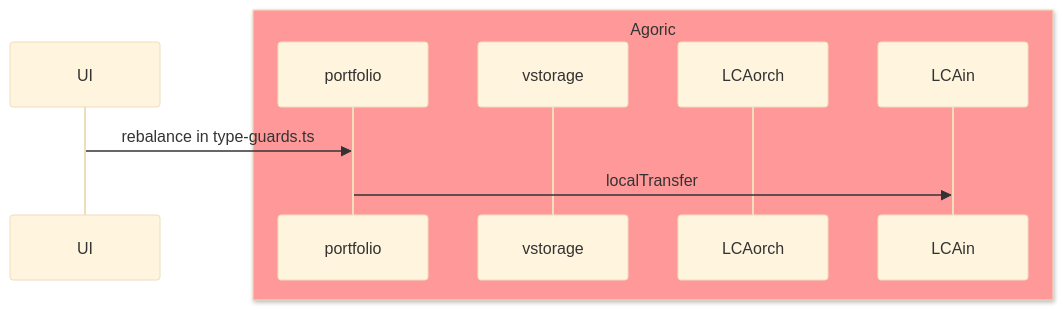
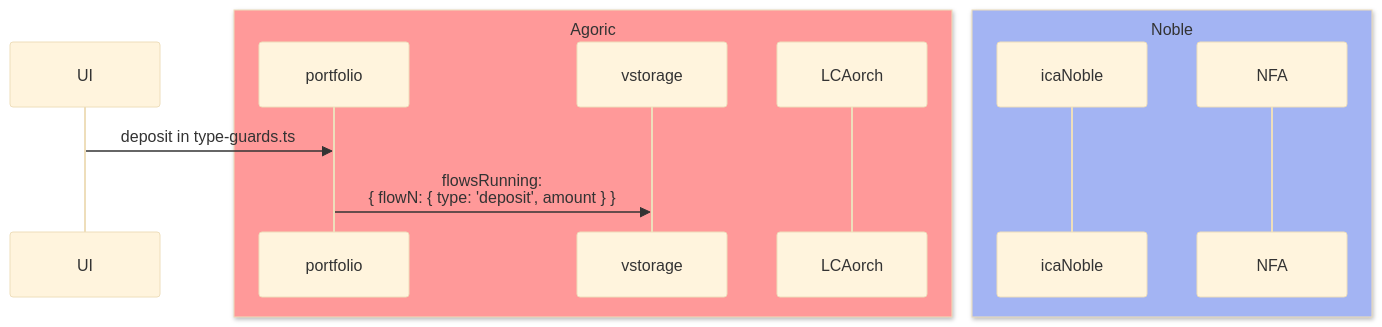
The third of 9 diagrams in packages/portfolio-contract/DESIGN-BETA.md (Agoric/agoric-sdk), drawn with Mermaid (base theme) before and after one commit. The commit also changed other lines of this file, not shown here.

First line of the commit message:
docs(portfolio-contract): incorporate single-flow and NFA into design (#12091)

````diff
--- a/packages/portfolio-contract/DESIGN-BETA.md
+++ b/packages/portfolio-contract/DESIGN-BETA.md
@@ -51,13 +60,17 @@
 ```mermaid
 sequenceDiagram
-  UI ->> portfolio: rebalance in type-guards.ts
+  UI ->> portfolio: deposit in type-guards.ts
 
   box rgb(255,153,153) Agoric
     participant portfolio
     participant vstorage
     participant LCAorch
-    participant LCAin
   end
 
-  portfolio ->> LCAin: localTransfer
+  box rgb(163,180,243) Noble
+    participant icaN as icaNoble
+    participant NFA as NFA
+  end
+
+  portfolio ->> vstorage: flowsRunning:<br/>{ flowN: { type: 'deposit', amount } }
 ```
````
